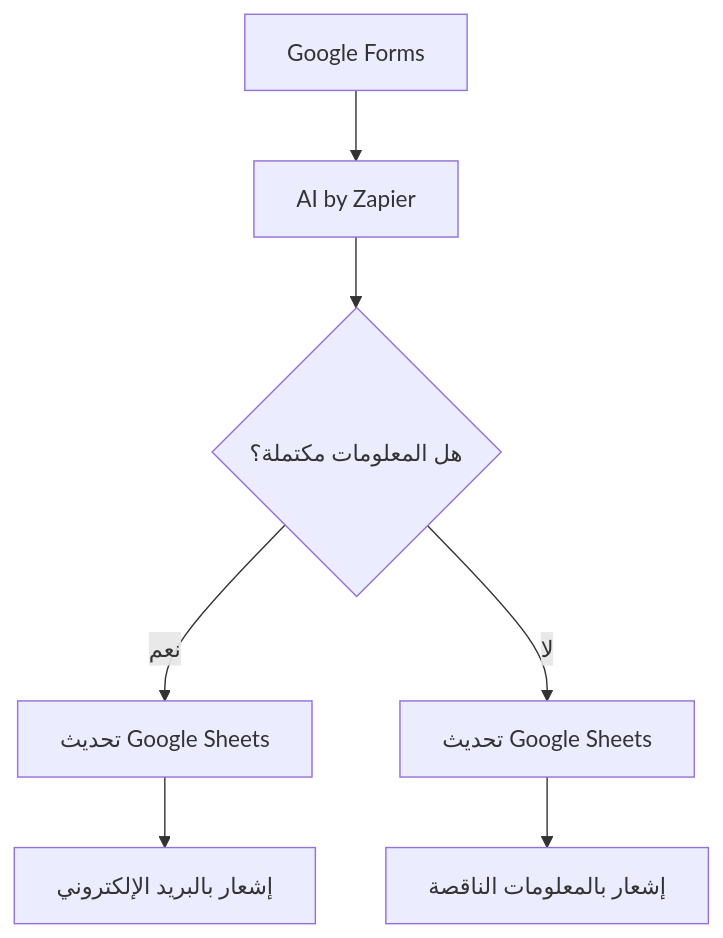
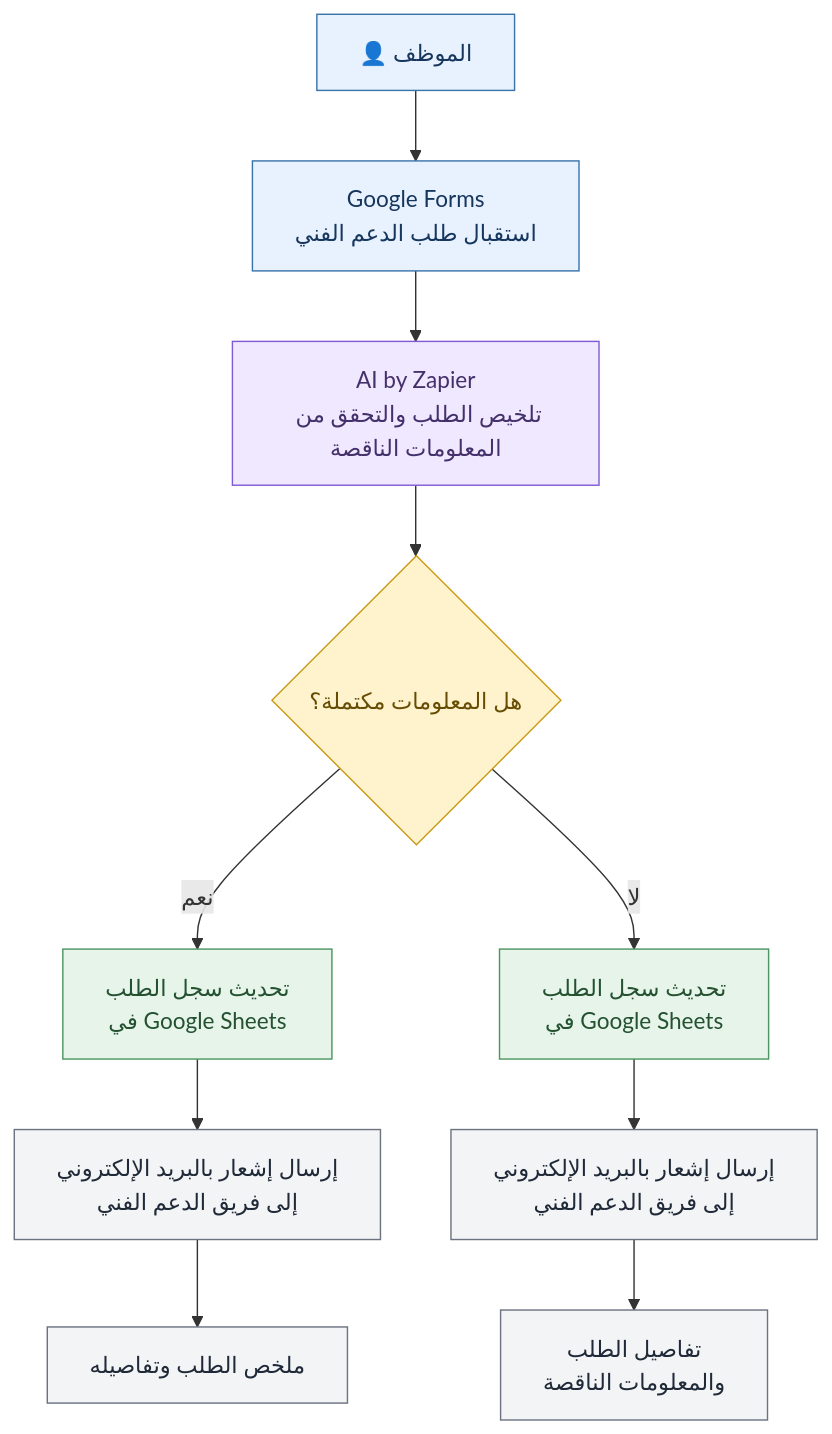
The diagram in 01-Process & Data Thinking/Independent-Project/README.md (mahaalzenati/Final), drawn with Mermaid before and after one commit. The commit also changed other lines of this file, not shown here.

````diff
--- a/01-Process & Data Thinking/Independent-Project/README.md
+++ b/01-Process & Data Thinking/Independent-Project/README.md
@@ -66,9 +69,27 @@
 ```mermaid
 flowchart TD
-    A[Google Forms] --> B[AI by Zapier]
-    B --> C{هل المعلومات مكتملة؟}
-    C -->|نعم| D[تحديث Google Sheets]
-    C -->|لا| E[تحديث Google Sheets]
-    D --> F[إشعار بالبريد الإلكتروني]
-    E --> G[إشعار بالمعلومات الناقصة]
+    A["👤 الموظف"] --> B["Google Forms<br/>استقبال طلب الدعم الفني"]
+    B --> C["AI by Zapier<br/>تلخيص الطلب والتحقق من المعلومات الناقصة"]
+    C --> D{"هل المعلومات مكتملة؟"}
+
+    D -->|نعم| E["تحديث سجل الطلب<br/>في Google Sheets"]
+    D -->|لا| F["تحديث سجل الطلب<br/>في Google Sheets"]
+
+    E --> G["إرسال إشعار بالبريد الإلكتروني<br/>إلى فريق الدعم الفني"]
+    F --> H["إرسال إشعار بالبريد الإلكتروني<br/>إلى فريق الدعم الفني"]
+
+    G --> I["ملخص الطلب وتفاصيله"]
+    H --> J["تفاصيل الطلب<br/>والمعلومات الناقصة"]
+
+    classDef input fill:#e8f2ff,stroke:#3973ac,color:#17365d
+    classDef ai fill:#f0e8ff,stroke:#805ad5,color:#44306b
+    classDef decision fill:#fff3cd,stroke:#c99a16,color:#664d03
+    classDef process fill:#e6f4ea,stroke:#4b9560,color:#245231
+    classDef output fill:#f3f4f6,stroke:#6b7280,color:#1f2937
+
+    class A,B input
+    class C ai
+    class D decision
+    class E,F process
+    class G,H,I,J output
 ```
````
